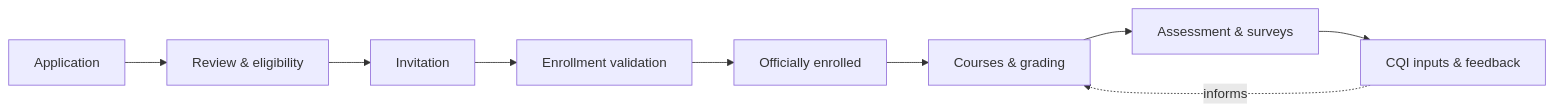
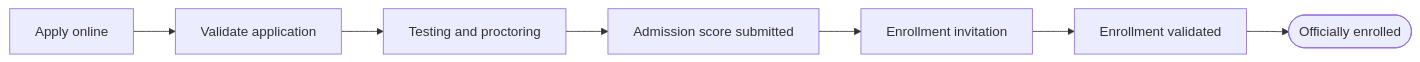
One commit to HolliShake/edusync-pro changed the first of 4 diagrams in readme.md. Above: the diagram before and after it, drawn with Mermaid. The commit also changed other lines of this file, not shown here.

````diff
--- a/readme.md
+++ b/readme.md
@@ -104,11 +99,9 @@
 ```mermaid
 flowchart LR
-    A[Application] --> B[Review & eligibility]
-    B --> C[Invitation]
-    C --> D[Enrollment validation]
-    D --> E[Officially enrolled]
-    E --> F[Courses & grading]
-    F --> G[Assessment & surveys]
-    G --> H[CQI inputs & feedback]
-    H -.->|informs| F
+    A[Apply online] --> B[Validate application]
+    B --> C[Testing and proctoring]
+    C --> D[Admission score submitted]
+    D --> E[Enrollment invitation]
+    E --> F[Enrollment validated]
+    F --> G([Officially enrolled])
 ```
````
